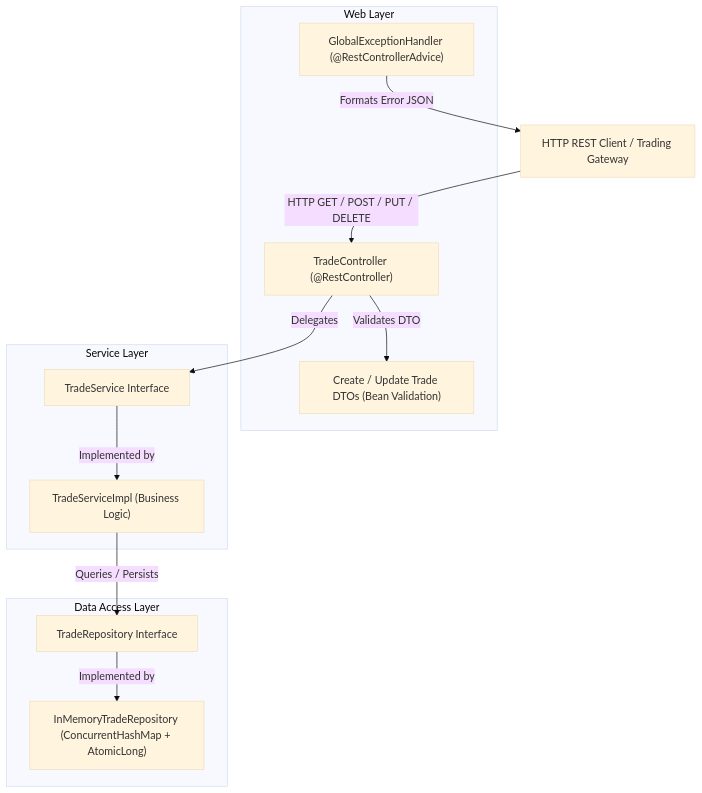
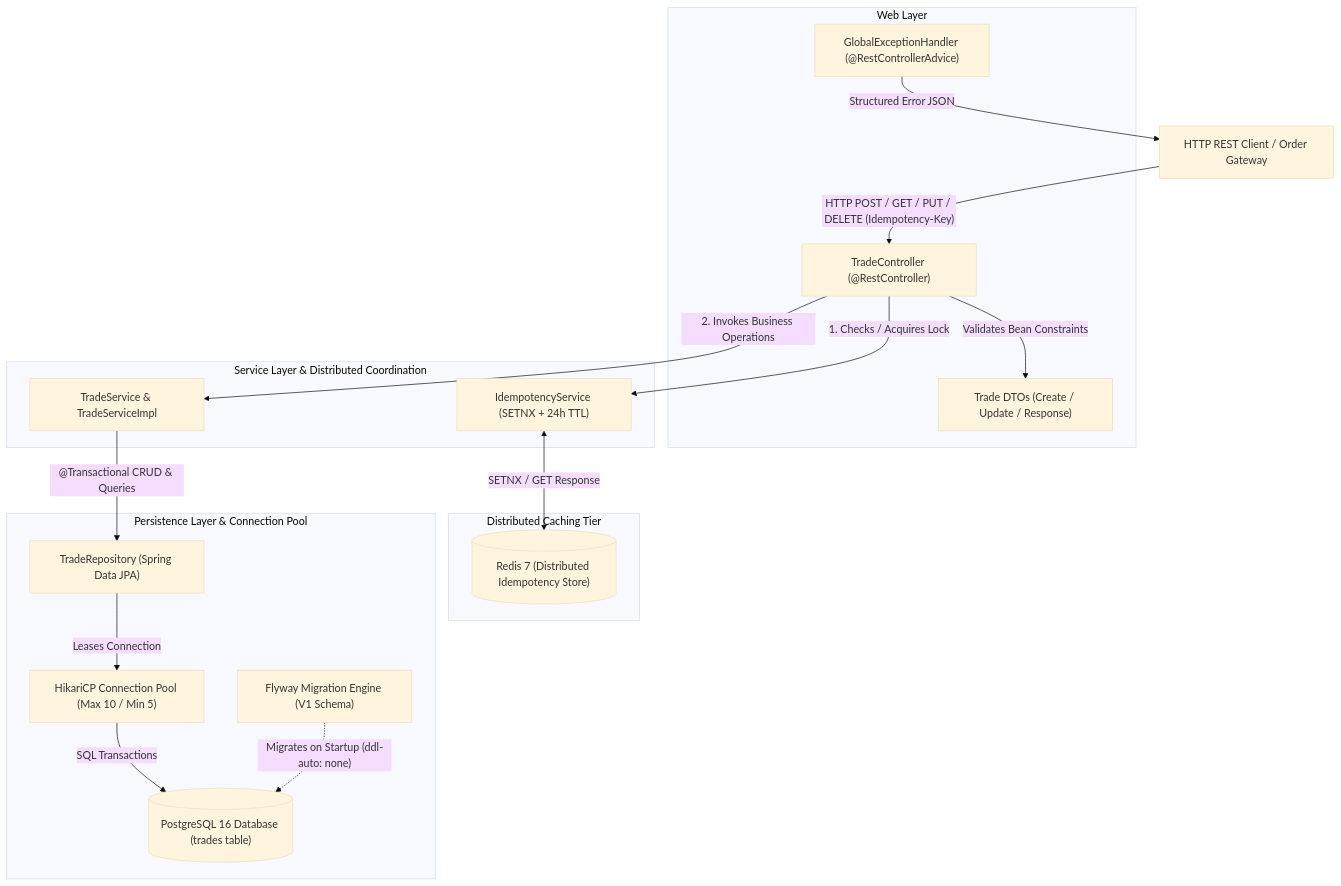
Before and after one commit to KNIGHT2000000/FinSight: the diagram in README.md, drawn with Mermaid (base theme). The commit also changed other lines of this file and 12 other files, not shown here.

````diff
--- a/README.md
+++ b/README.md
@@ -11,28 +11,37 @@
 ```mermaid
 flowchart TD
-    Client["HTTP REST Client / Trading Gateway"]
+    Client["HTTP REST Client / Order Gateway"]
     
     subgraph Web_Layer["Web Layer"]
         Controller["TradeController (@RestController)"]
         Advice["GlobalExceptionHandler (@RestControllerAdvice)"]
-        DTO["Create / Update Trade DTOs (Bean Validation)"]
+        DTO["Trade DTOs (Create / Update / Response)"]
     end
 
-    subgraph Service_Layer["Service Layer"]
-        Service["TradeService Interface"]
-        ServiceImpl["TradeServiceImpl (Business Logic)"]
+    subgraph Service_Layer["Service Layer & Distributed Coordination"]
+        Service["TradeService & TradeServiceImpl"]
+        IdemService["IdempotencyService (SETNX + 24h TTL)"]
     end
 
-    subgraph Data_Access_Layer["Data Access Layer"]
-        Repo["TradeRepository Interface"]
-        InMemRepo["InMemoryTradeRepository (ConcurrentHashMap + AtomicLong)"]
+    subgraph Caching_Tier["Distributed Caching Tier"]
+        Redis[("Redis 7 (Distributed Idempotency Store)")]
     end
 
-    Client -->|"HTTP GET / POST / PUT / DELETE"| Controller
-    Controller -->|"Validates DTO"| DTO
-    Controller -->|"Delegates"| Service
-    Service -->|"Implemented by"| ServiceImpl
-    ServiceImpl -->|"Queries / Persists"| Repo
-    Repo -->|"Implemented by"| InMemRepo
-    Advice -->|"Formats Error JSON"| Client
+    subgraph Persistence_Layer["Persistence Layer & Connection Pool"]
+        Repo["TradeRepository (Spring Data JPA)"]
+        Hikari["HikariCP Connection Pool (Max 10 / Min 5)"]
+        Flyway["Flyway Migration Engine (V1 Schema)"]
+        Postgres[("PostgreSQL 16 Database (trades table)")]
+    end
+
+    Client -->|"HTTP POST / GET / PUT / DELETE (Idempotency-Key)"| Controller
+    Controller -->|"Validates Bean Constraints"| DTO
+    Controller -->|"1. Checks / Acquires Lock"| IdemService
+    IdemService <-->|"SETNX / GET Response"| Redis
+    Controller -->|"2. Invokes Business Operations"| Service
+    Service -->|"@Transactional CRUD & Queries"| Repo
+    Repo -->|"Leases Connection"| Hikari
+    Hikari -->|"SQL Transactions"| Postgres
+    Flyway -.->|"Migrates on Startup (ddl-auto: none)"| Postgres
+    Advice -->|"Structured Error JSON"| Client
 ```
````
